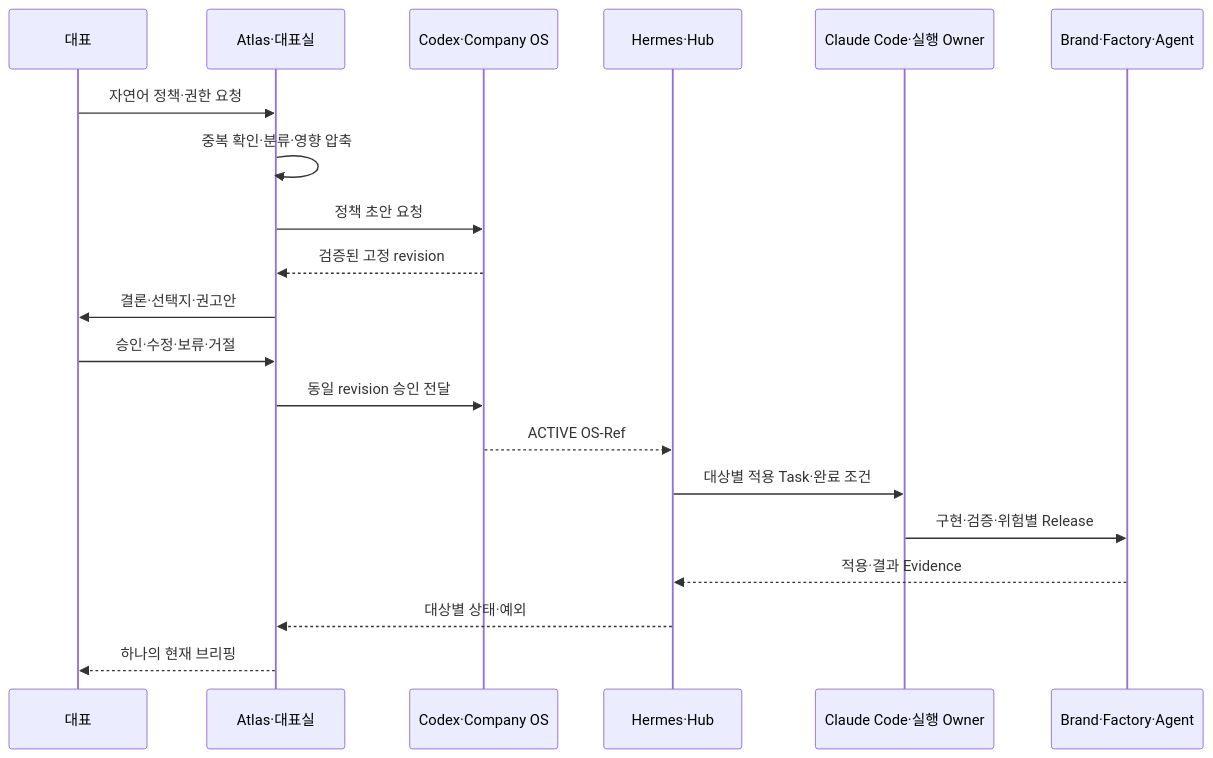
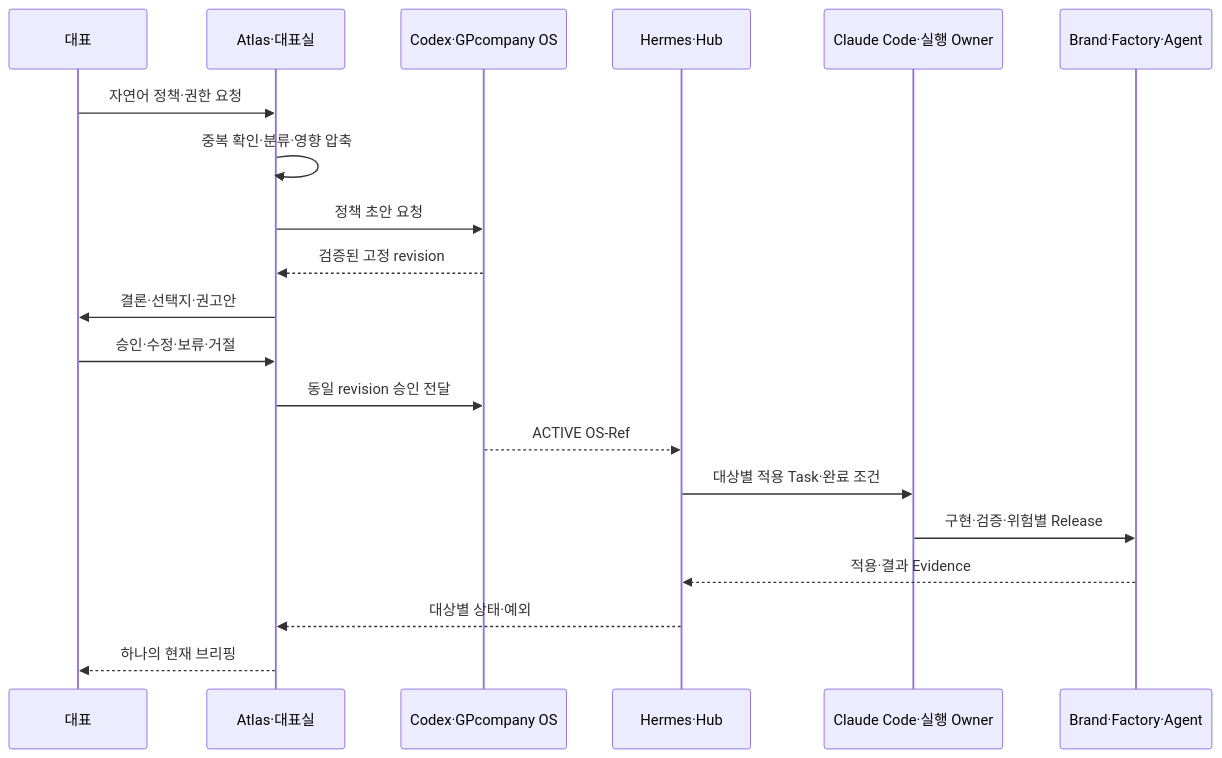
Before and after one commit to ajseo-gp/gp-company-os: the diagram in LEVEL-4_AI-EXECUTION/WORKFLOW/WF-009_COMPANY-OS-POLICY-PROPAGATION.md, drawn with Mermaid. The commit also changed other lines of this file and 9 other files, not shown here.

````diff
--- a/LEVEL-4_AI-EXECUTION/WORKFLOW/WF-009_COMPANY-OS-POLICY-PROPAGATION.md
+++ b/LEVEL-4_AI-EXECUTION/WORKFLOW/WF-009_COMPANY-OS-POLICY-PROPAGATION.md
@@ -100,23 +100,23 @@
 ```mermaid
 sequenceDiagram
     participant C as 대표
     participant A as Atlas·대표실
-    participant O as Codex·Company OS
+    participant O as Codex·GPcompany OS
     participant H as Hermes·Hub
     participant E as Claude Code·실행 Owner
     participant B as Brand·Factory·Agent
 
     C->>A: 자연어 정책·권한 요청
     A->>A: 중복 확인·분류·영향 압축
     A->>O: 정책 초안 요청
     O-->>A: 검증된 고정 revision
     A->>C: 결론·선택지·권고안
     C->>A: 승인·수정·보류·거절
     A->>O: 동일 revision 승인 전달
     O-->>H: ACTIVE OS-Ref
     H->>E: 대상별 적용 Task·완료 조건
     E->>B: 구현·검증·위험별 Release
     B-->>H: 적용·결과 Evidence
     H-->>A: 대상별 상태·예외
     A-->>C: 하나의 현재 브리핑
 ```
````
